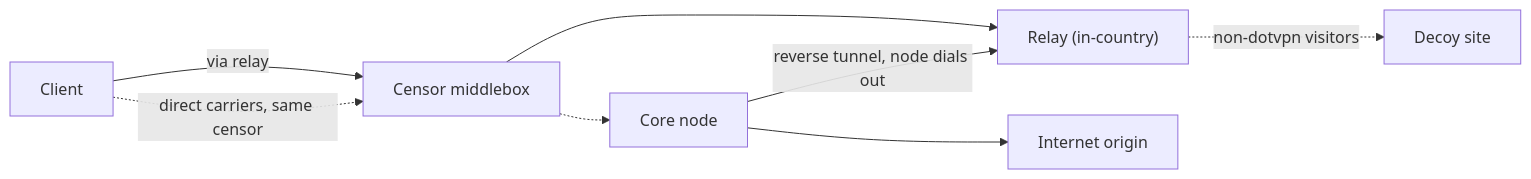
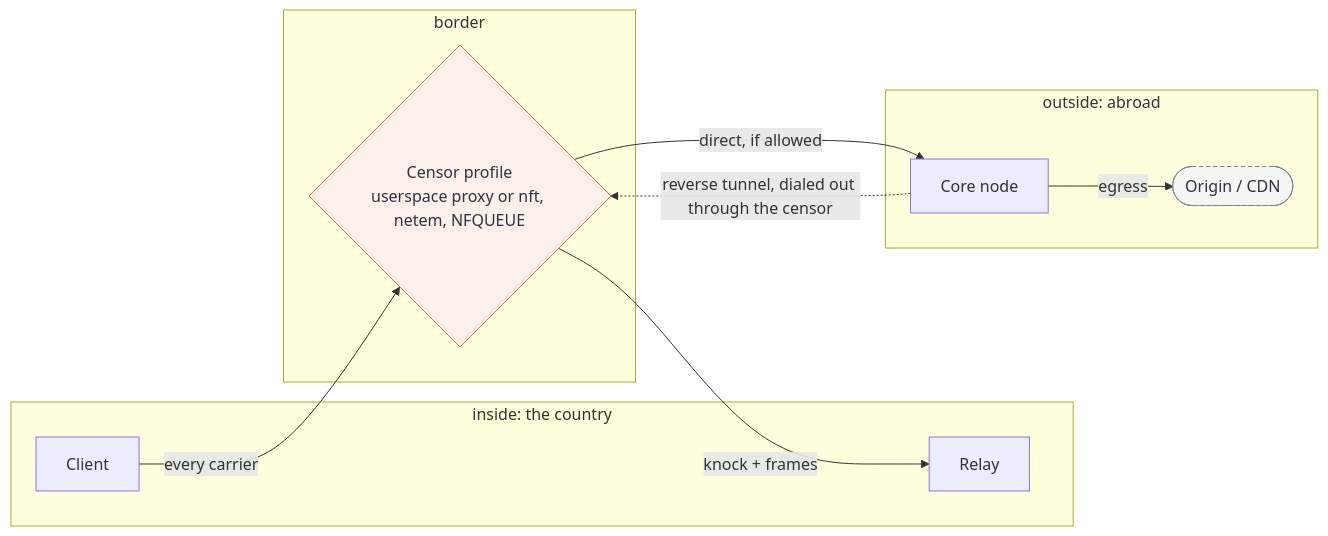
The diagram in README.md (payam-foundation/dotvpn-lab), drawn with Mermaid before and after one commit. The commit also changed 3 other files, not shown here.

````diff
--- a/README.md
+++ b/README.md
@@ -25,17 +25,25 @@
 ```mermaid
 flowchart LR
-    client["Client"]
-    censor["Censor middlebox"]
-    relay["Relay (in-country)"]
-    core["Core node"]
-    decoy["Decoy site"]
-    internet["Internet origin"]
+    subgraph inside ["inside: the country"]
+        client["Client"]
+        relay["Relay"]
+    end
+    subgraph border ["border"]
+        censor{"Censor profile<br/>userspace proxy or nft, netem, NFQUEUE"}
+    end
+    subgraph outside ["outside: abroad"]
+        core["Core node"]
+        origin(["Origin / CDN"])
+    end
 
-    client -->|"via relay"| censor
-    censor --> relay
-    core -->|"reverse tunnel, node dials out"| relay
-    client -.->|"direct carriers, same censor"| censor
-    censor -.-> core
-    relay -.->|"non-dotvpn visitors"| decoy
-    core --> internet
+    client -->|"every carrier"| censor
+    censor -->|"direct, if allowed"| core
+    censor -->|"knock + frames"| relay
+    core -.->|"reverse tunnel, dialed out through the censor"| censor
+    core -->|"egress"| origin
+
+    classDef focal fill:#fdf0ea,stroke:#eb6c36,color:#2d3142
+    classDef ext fill:#f5f5f5,stroke:#7a8399,stroke-dasharray:4 3,color:#2d3142
+    class censor focal
+    class origin ext
 ```
````
